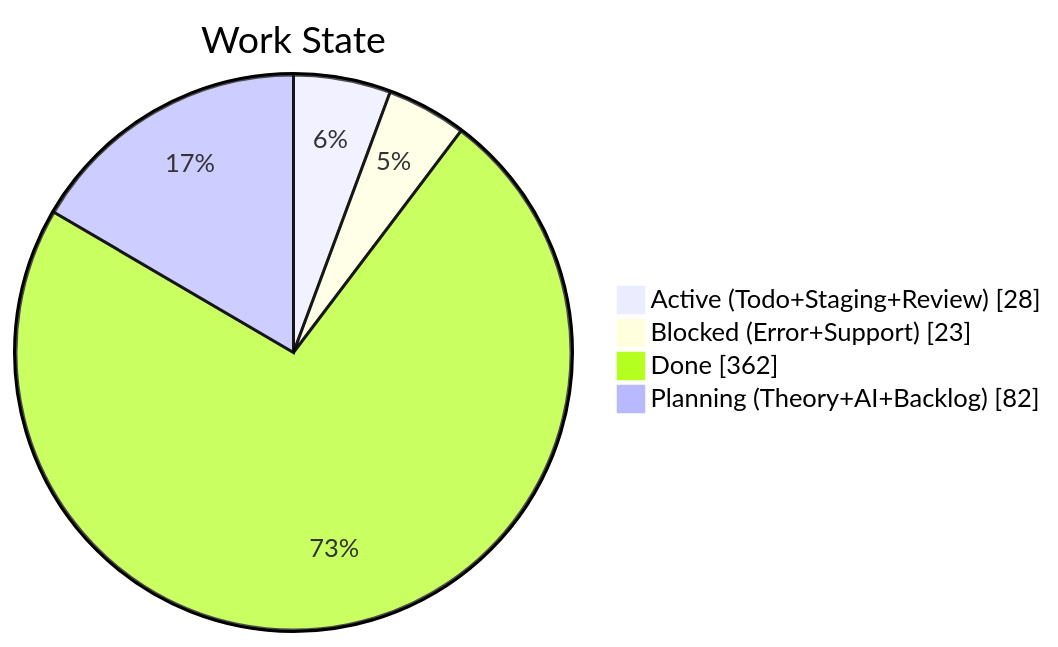
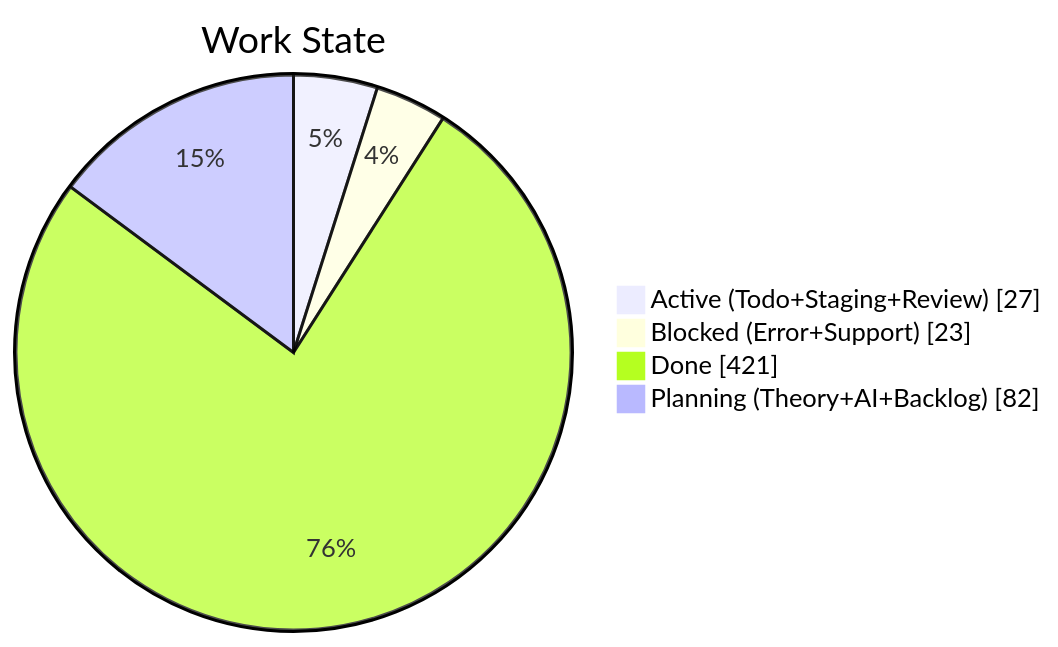
The second of 4 diagrams in apps/kbve/astro-kbve/src/content/docs/dashboard/kanban-data.mdx (KBVE/kbve), drawn with Mermaid before and after one commit. The commit also changed other lines of this file and 2 other files, not shown here.

````diff
--- a/apps/kbve/astro-kbve/src/content/docs/dashboard/kanban-data.mdx
+++ b/apps/kbve/astro-kbve/src/content/docs/dashboard/kanban-data.mdx
@@ -204,8 +204,8 @@
 ```mermaid
 pie showData
     title Work State
-    "Active (Todo+Staging+Review)" : 28
+    "Active (Todo+Staging+Review)" : 27
     "Blocked (Error+Support)" : 23
-    "Done" : 362
+    "Done" : 421
     "Planning (Theory+AI+Backlog)" : 82
 ```
````
